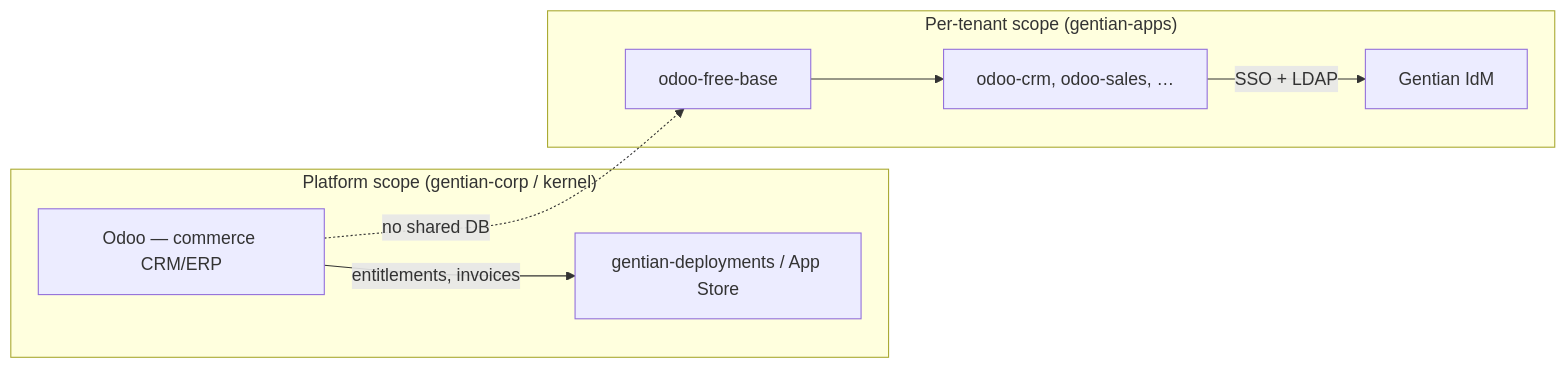
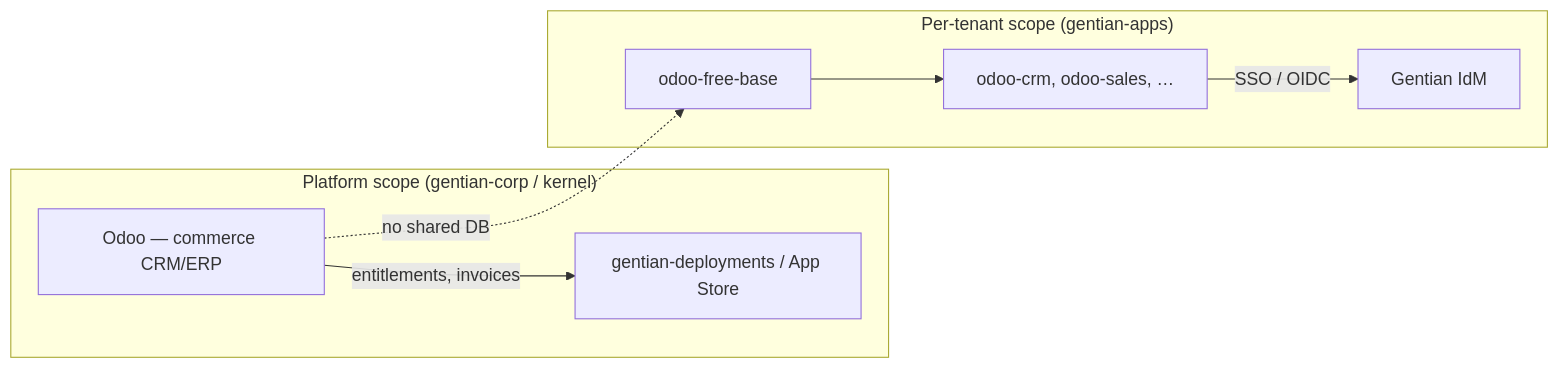
One commit to gentian-org/gentian-apps changed the first of 3 diagrams in profiles/odoo-free-base/odoo-plan.md. Above: the diagram before and after it, drawn with Mermaid. The commit also changed other lines of this file, not shown here.

Commit message:
docs(odoo): update integration plan to remove LDAP and use Keycloak/OpenFGA

````diff
--- a/profiles/odoo-free-base/odoo-plan.md
+++ b/profiles/odoo-free-base/odoo-plan.md
@@ -53,16 +53,16 @@
 ```mermaid
 flowchart LR
     subgraph platform ["Platform scope (gentian-corp / kernel)"]
         PO["Odoo — commerce CRM/ERP"]
         PO -->|entitlements, invoices| GD["gentian-deployments / App Store"]
     end
 
     subgraph tenant ["Per-tenant scope (gentian-apps)"]
         BASE["odoo-free-base"]
         MOD["odoo-crm, odoo-sales, …"]
         BASE --> MOD
-        MOD -->|SSO + LDAP| IDM["Gentian IdM"]
+        MOD -->|SSO / OIDC| IDM["Gentian IdM"]
     end
 
     PO -.->|no shared DB| BASE
 ```
````
